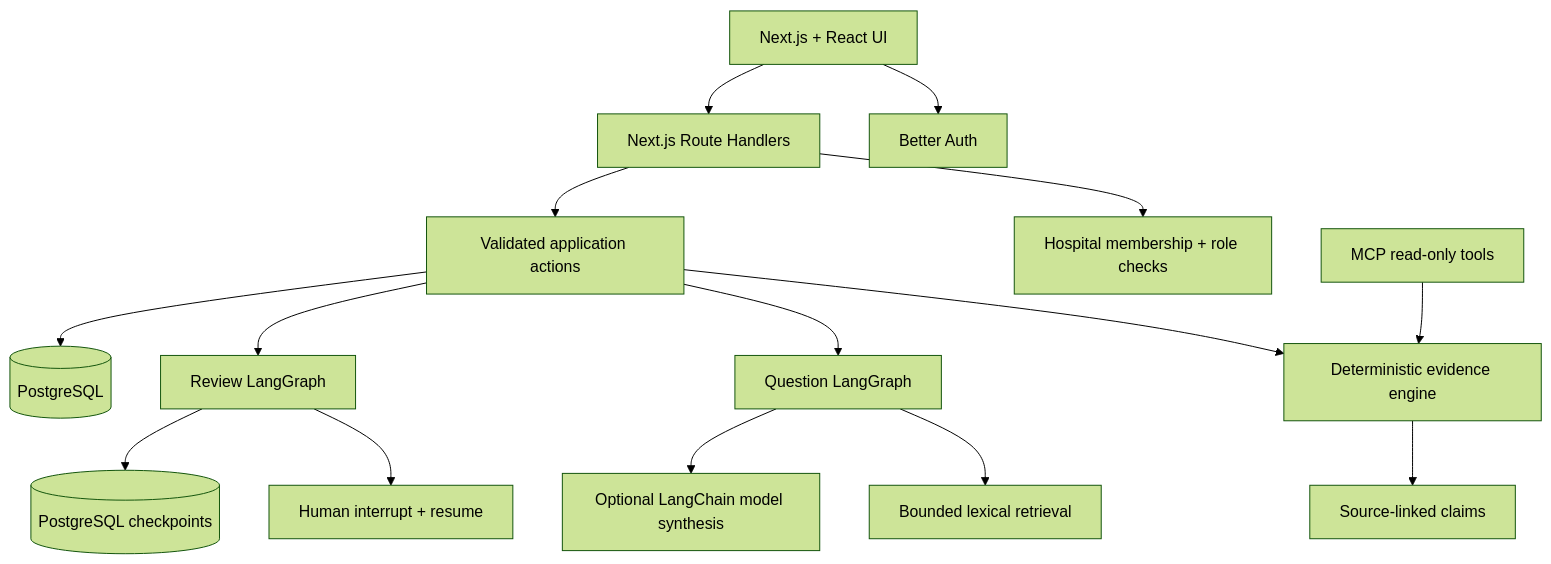
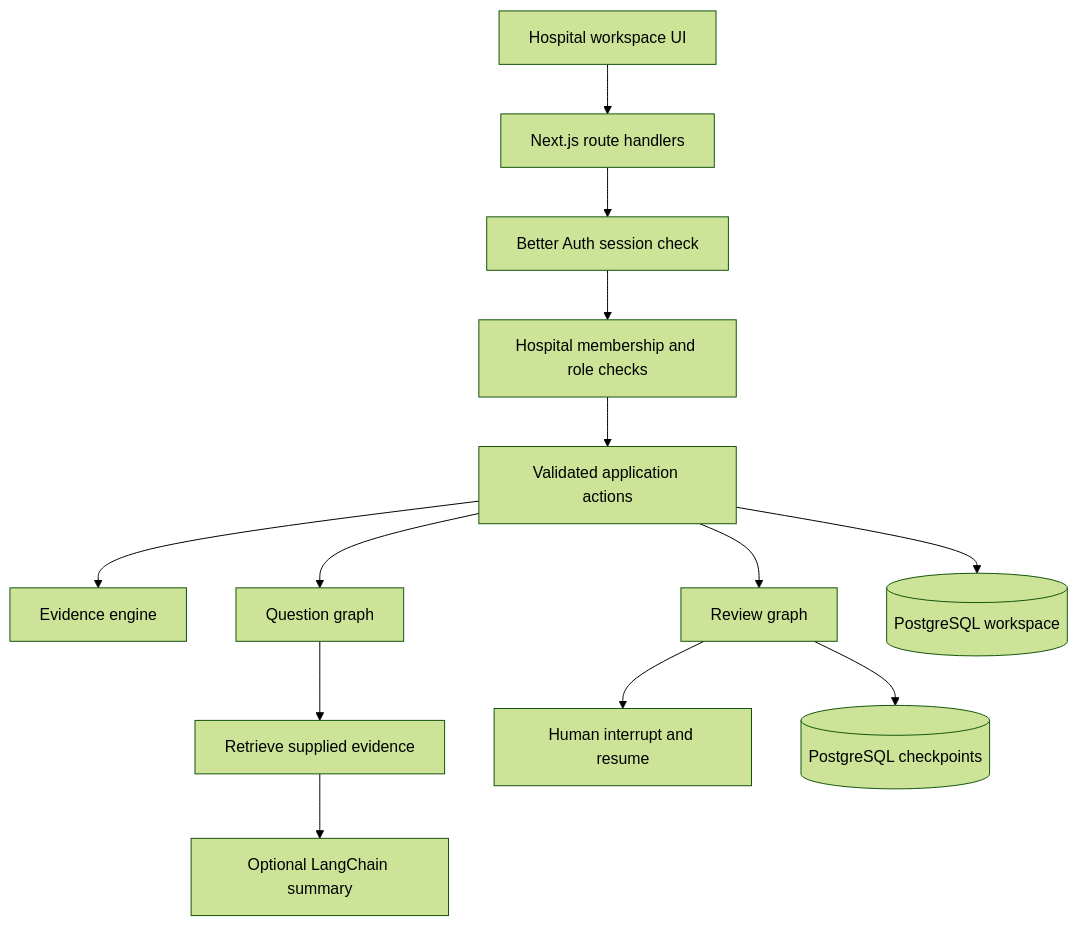
One commit to Sankalp-gupta1/clinical-evidence-twin changed the third of 3 diagrams in README.md. Above: the diagram before and after it, drawn with Mermaid (forest theme). The commit also changed other lines of this file and 1 other file, not shown here.

````diff
--- a/README.md
+++ b/README.md
@@ -580,24 +670,15 @@
-~~~mermaid
+```mermaid
 flowchart TB
-    UI[Next.js + React UI]
-
-    UI --> AUTH[Better Auth]
-    UI --> API[Next.js Route Handlers]
-
-    API --> PERM[Hospital membership + role checks]
-    API --> SERVICE[Validated application actions]
-
-    SERVICE --> EVIDENCE[Deterministic evidence engine]
-    SERVICE --> QGRAPH[Question LangGraph]
-    SERVICE --> WGRAPH[Review LangGraph]
-
-    EVIDENCE --> SOURCE[Source-linked claims]
-    QGRAPH --> RETRIEVE[Bounded lexical retrieval]
-    QGRAPH --> AI[Optional LangChain model synthesis]
-    WGRAPH --> HUMAN[Human interrupt + resume]
-
-    SERVICE --> DB[(PostgreSQL)]
-    WGRAPH --> CHECKPOINT[(PostgreSQL checkpoints)]
-
-    MCP[MCP read-only tools] --> EVIDENCE
-~~~
+    UI["Hospital workspace UI"] --> API["Next.js route handlers"]
+    API --> AUTH["Better Auth session check"]
+    AUTH --> PERM["Hospital membership and role checks"]
+    PERM --> SERVICE["Validated application actions"]
+    SERVICE --> EVIDENCE["Evidence engine"]
+    SERVICE --> QGRAPH["Question graph"]
+    SERVICE --> WGRAPH["Review graph"]
+    SERVICE --> DB[("PostgreSQL workspace")]
+    QGRAPH --> RETRIEVE["Retrieve supplied evidence"]
+    RETRIEVE --> AI["Optional LangChain summary"]
+    WGRAPH --> HUMAN["Human interrupt and resume"]
+    WGRAPH --> CHECKPOINT[("PostgreSQL checkpoints")]
+```
````
